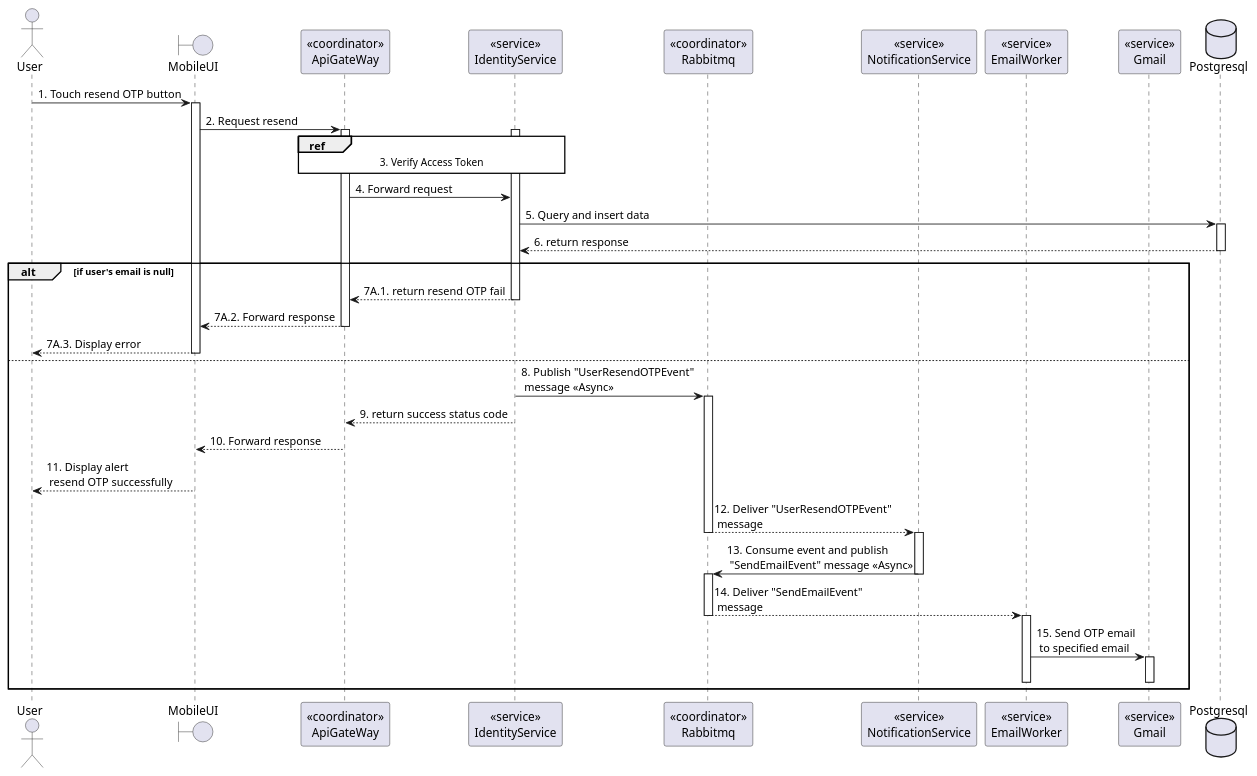
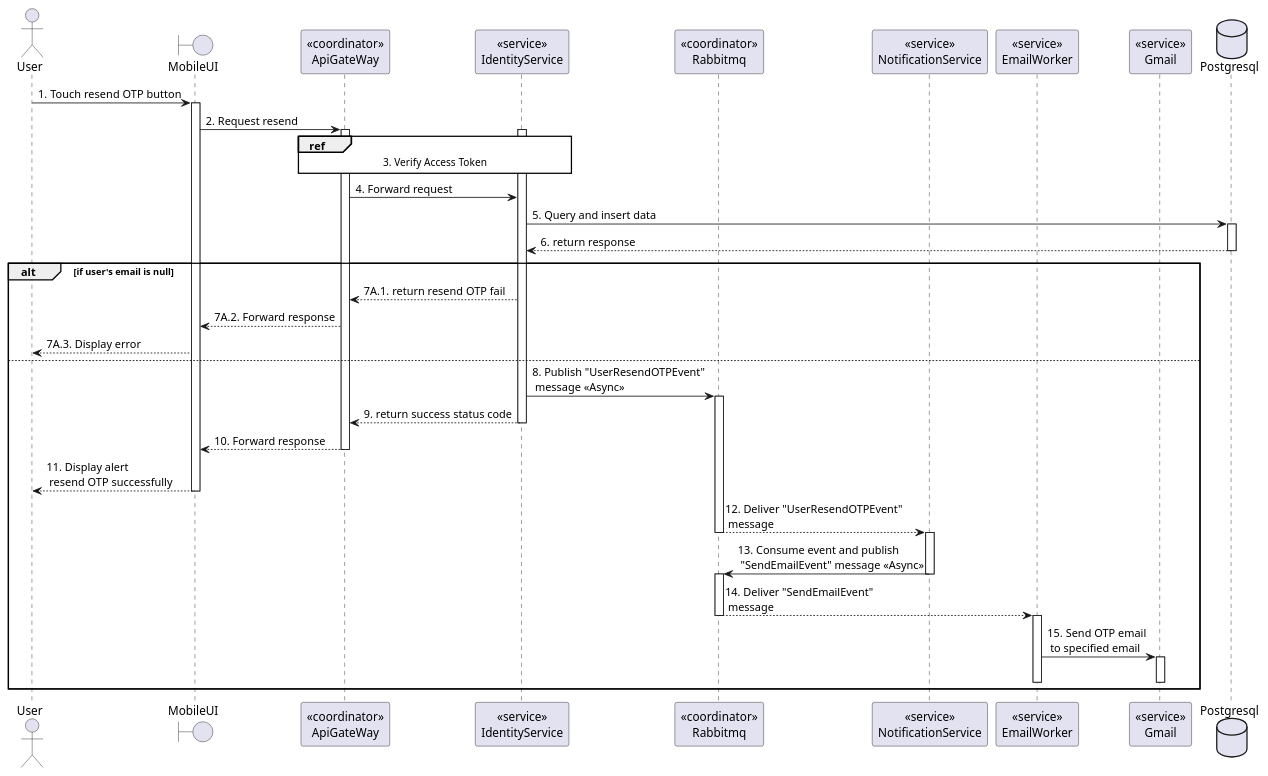
The diagram in doc/SDS/Identity/ResendEmailOTP/Sequence.plantuml (Carl-Johnsons/tastopia), drawn with PlantUML before and after one commit. The commit also changed 2 other files, not shown here.

Commit message:
doc: add verify account sequence diagram

```diff
--- a/doc/SDS/Identity/ResendEmailOTP/Sequence.plantuml
+++ b/doc/SDS/Identity/ResendEmailOTP/Sequence.plantuml
@@ -1,71 +1,66 @@
 @startuml ResendEmailOTP
 <style>
   sequenceDiagram {
     reference {
       BackGroundColor white
     }
 }
 </style>
 
 actor User
 boundary MobileUI
 participant "<<coordinator>>\nApiGateWay" as ApiGateway
 participant "<<service>>\nIdentityService" as IdentityService
 participant "<<coordinator>>\nRabbitmq"  as Rabbitmq
 participant "<<service>>\nNotificationService" as NotificationService
 participant "<<service>>\nEmailWorker" as EmailWorker
 participant "<<service>>\nGmail" as Gmail
 
 database Postgresql
 User -> MobileUI: 1. Touch resend OTP button
 activate MobileUI
 
 MobileUI -> ApiGateway: 2. Request resend
 activate ApiGateway
 
 activate IdentityService
 ref over ApiGateway, IdentityService: 3. Verify Access Token
 
 ApiGateway -> IdentityService: 4. Forward request
 
-database Postgresql
 IdentityService -> Postgresql: 5. Query and insert data
 activate Postgresql
 IdentityService <-- Postgresql: 6. return response
 deactivate Postgresql
 
-
 alt if user's email is null
     ApiGateway <-- IdentityService: 7A.1. return resend OTP fail
-    deactivate IdentityService
     MobileUI <-- ApiGateway: 7A.2. Forward response
-    deactivate ApiGateway
     User <-- MobileUI: 7A.3. Display error
-    deactivate MobileUI
 else
     IdentityService -> Rabbitmq: 8. Publish "UserResendOTPEvent"\n message <<Async>>
     activate Rabbitmq
 
     ApiGateway <-- IdentityService: 9. return success status code
     deactivate IdentityService
     MobileUI <-- ApiGateway: 10. Forward response
     deactivate ApiGateway
     User <-- MobileUI: 11. Display alert\n resend OTP successfully
     deactivate MobileUI
 
     Rabbitmq --> NotificationService: 12. Deliver "UserResendOTPEvent"\n message
     deactivate Rabbitmq
     activate NotificationService
     NotificationService -> Rabbitmq: 13. Consume event and publish \n "SendEmailEvent" message <<Async>>
     deactivate NotificationService
     activate Rabbitmq
     Rabbitmq --> EmailWorker: 14. Deliver "SendEmailEvent"\n message
     deactivate Rabbitmq
     activate EmailWorker
     EmailWorker -> Gmail: 15. Send OTP email\n to specified email
     activate Gmail
     deactivate EmailWorker
     deactivate Gmail
 end
 
 @enduml
```
